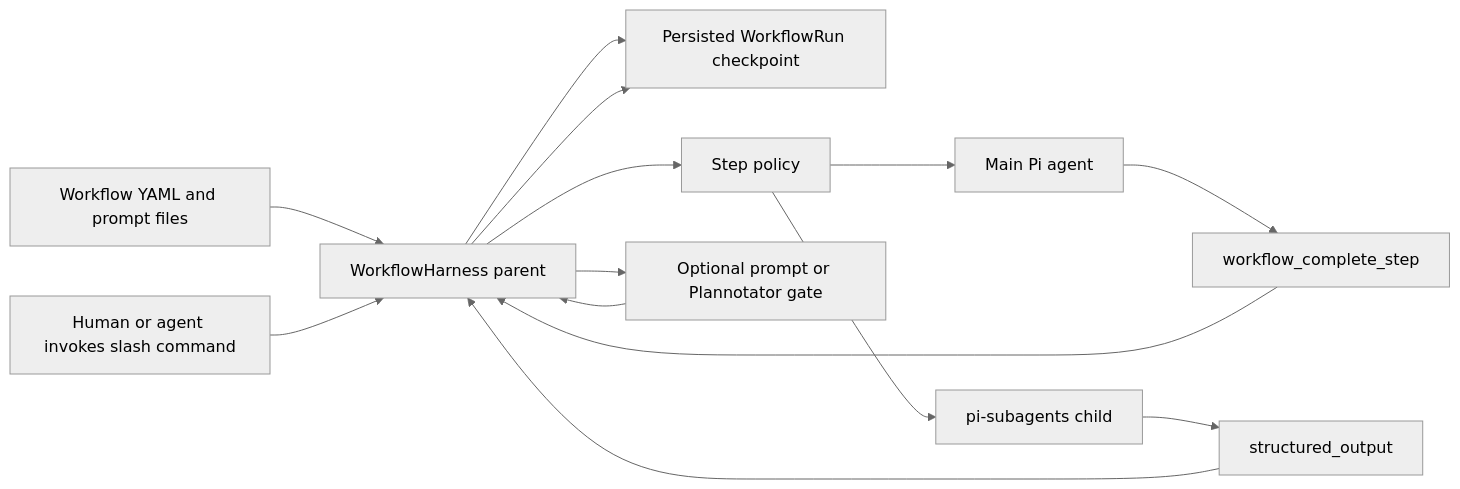
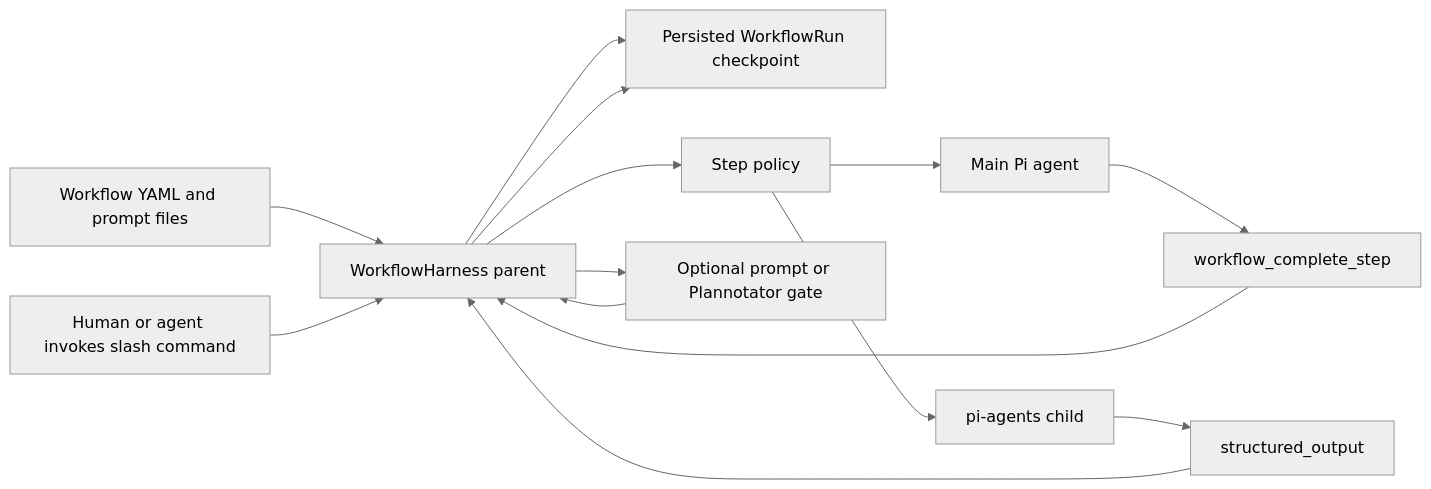
One commit to wichayutdew/pi-workflows changed the second of 3 diagrams in openwiki/quickstart.md. Above: the diagram before and after it, drawn with Mermaid (neutral theme). The commit also changed other lines of this file and 66 other files, not shown here.

````diff
--- a/openwiki/quickstart.md
+++ b/openwiki/quickstart.md
@@ -30,27 +30,27 @@
 ```mermaid
 flowchart LR
   Human[Human or agent invokes slash command]
   Files[Workflow YAML and prompt files]
   Harness[WorkflowHarness parent]
   State[Persisted WorkflowRun checkpoint]
   Main[Main Pi agent]
-  Child[pi-subagents child]
+  Child[pi-agents child]
   Policy[Step policy]
   MainComplete[workflow_complete_step]
   ChildComplete[structured_output]
   Gate[Optional prompt or Plannotator gate]
 
   Files --> Harness
   Human --> Harness
   Harness --> State
   Harness --> Policy
   Policy --> Main
   Policy --> Child
   Main --> MainComplete
   Child --> ChildComplete
   MainComplete --> Harness
   ChildComplete --> Harness
   Harness --> Gate
   Gate --> Harness
   Harness --> State
 ```
````
